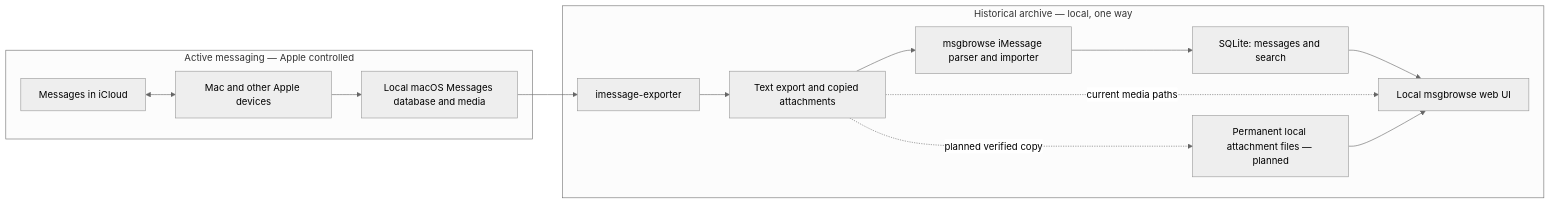
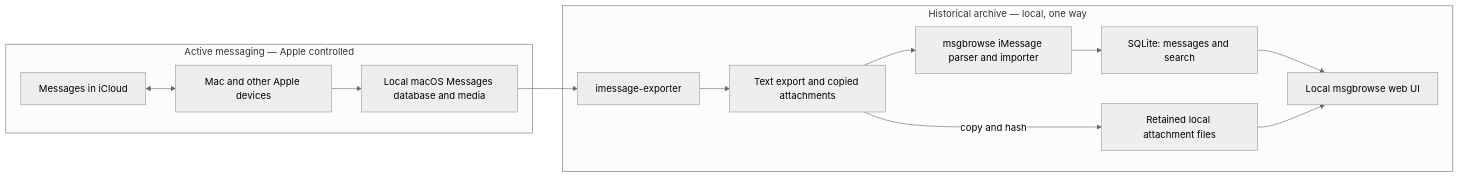
The diagram in docs/ARCHITECTURE.md (drew-wks/msgbrowse), drawn with Mermaid (neutral theme) before and after one commit. The commit also changed other lines of this file and 23 other files, not shown here.

Commit message:
Implement append-only iMessage archive and permanent media retention

````diff
--- a/docs/ARCHITECTURE.md
+++ b/docs/ARCHITECTURE.md
@@ -13,18 +13,17 @@
 ```mermaid
 flowchart LR
   subgraph Active[Active messaging — Apple controlled]
     Cloud[Messages in iCloud] <--> Devices[Mac and other Apple devices]
     Devices --> ChatDB[Local macOS Messages database and media]
   end
   subgraph Archive[Historical archive — local, one way]
     Exporter[imessage-exporter]
     Export[Text export and copied attachments]
     Ingest[msgbrowse iMessage parser and importer]
     DB[SQLite: messages and search]
-    Media[Permanent local attachment files — planned]
+    Media[Retained local attachment files]
     UI[Local msgbrowse web UI]
     ChatDB --> Exporter --> Export --> Ingest --> DB --> UI
-    Export -. current media paths .-> UI
-    Export -. planned verified copy .-> Media --> UI
+    Export -->|copy and hash| Media --> UI
   end
 ```
````
